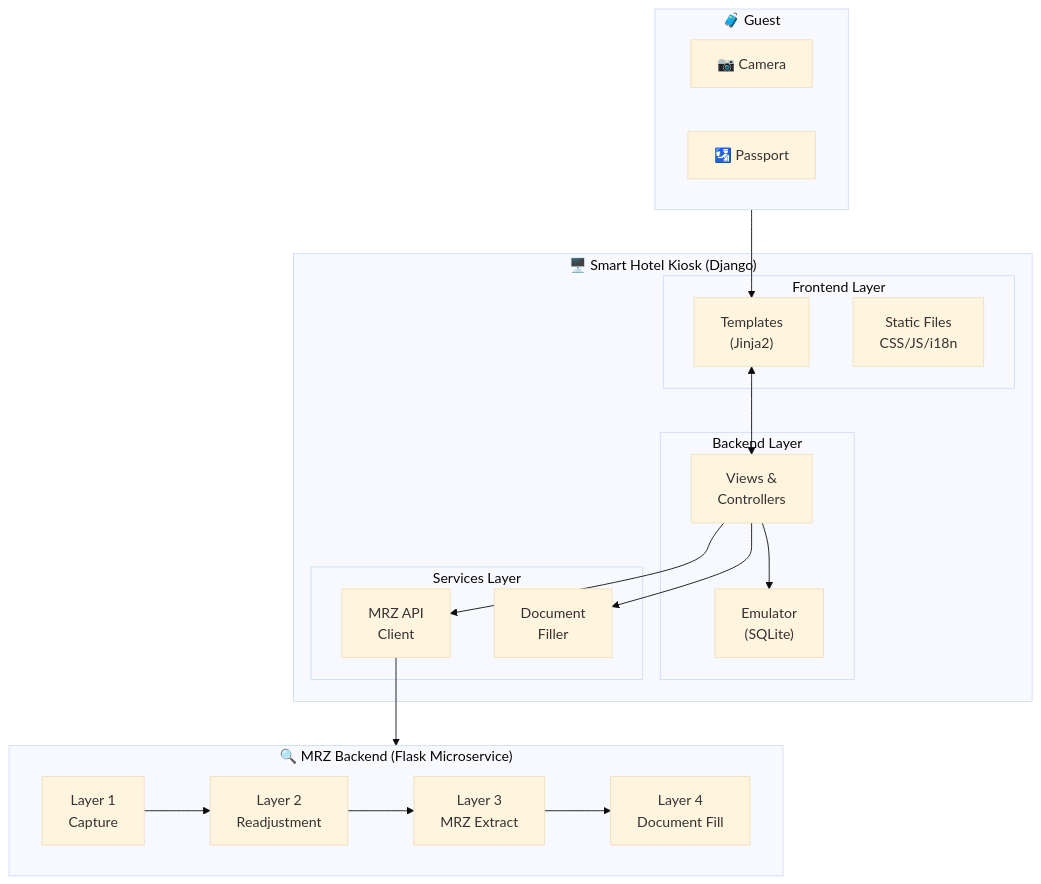
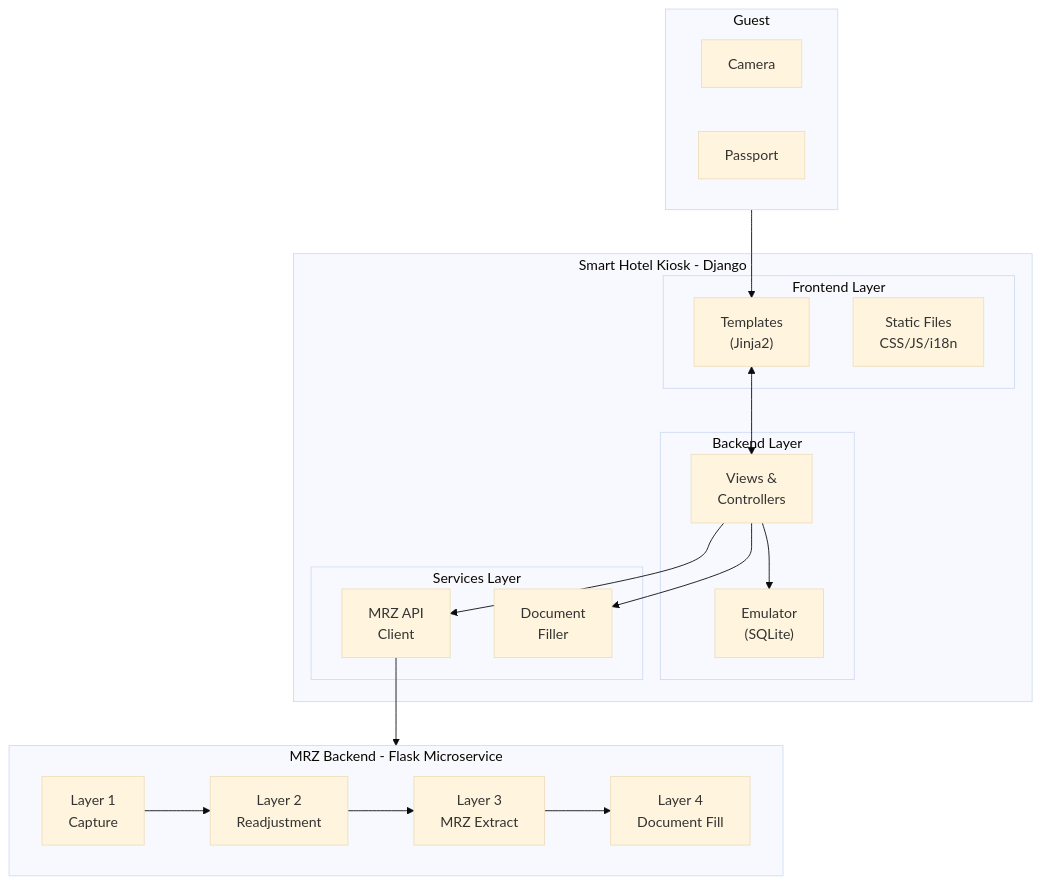
The first of 2 diagrams in kiosk/README.md (omarmx9/smart-hotel), drawn with Mermaid (base theme) before and after one commit. The commit also changed other lines of this file and 3 other files, not shown here.

Commit message:
docs: Update Mermaid diagrams for consistency and clarity in documentation

````diff
--- a/kiosk/README.md
+++ b/kiosk/README.md
@@ -63,42 +63,42 @@
 ```mermaid
 flowchart TB
-    subgraph KIOSK["🖥️ Smart Hotel Kiosk (Django)"]
+    subgraph KIOSK["Smart Hotel Kiosk - Django"]
         subgraph FRONTEND["Frontend Layer"]
             TEMPLATES["Templates<br/>(Jinja2)"]
             STATIC["Static Files<br/>CSS/JS/i18n"]
         end
         
         subgraph BACKEND["Backend Layer"]
             VIEWS["Views &<br/>Controllers"]
             EMULATOR["Emulator<br/>(SQLite)"]
         end
         
         subgraph SERVICES["Services Layer"]
             MRZ_CLIENT["MRZ API<br/>Client"]
             DOC_FILLER["Document<br/>Filler"]
         end
     end
     
-    subgraph MRZ_BACKEND["🔍 MRZ Backend (Flask Microservice)"]
+    subgraph MRZ_BACKEND["MRZ Backend - Flask Microservice"]
         CAPTURE["Layer 1<br/>Capture"]
         READJUST["Layer 2<br/>Readjustment"]
         EXTRACT["Layer 3<br/>MRZ Extract"]
         FILL["Layer 4<br/>Document Fill"]
         
         CAPTURE --> READJUST
         READJUST --> EXTRACT
         EXTRACT --> FILL
     end
     
-    subgraph GUEST["🧳 Guest"]
-        CAMERA["📷 Camera"]
-        PASSPORT["🛂 Passport"]
+    subgraph GUEST["Guest"]
+        CAMERA["Camera"]
+        PASSPORT["Passport"]
     end
 
     GUEST --> TEMPLATES
     TEMPLATES <--> VIEWS
     VIEWS --> EMULATOR
     VIEWS --> MRZ_CLIENT
     MRZ_CLIENT --> MRZ_BACKEND
     VIEWS --> DOC_FILLER
 ```
````
